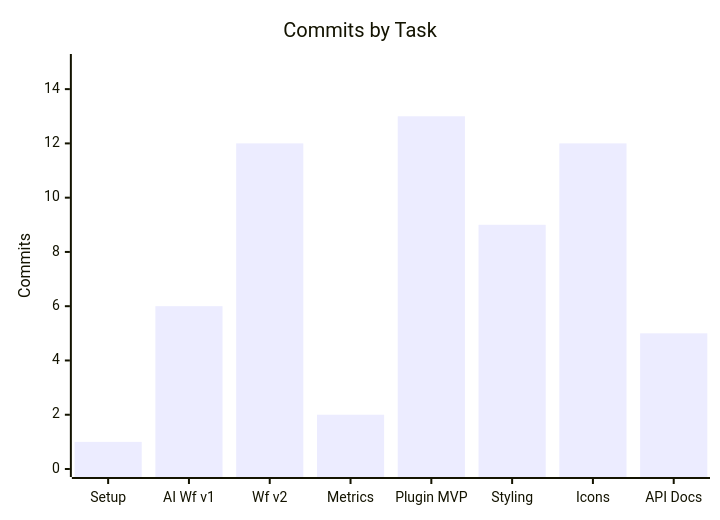
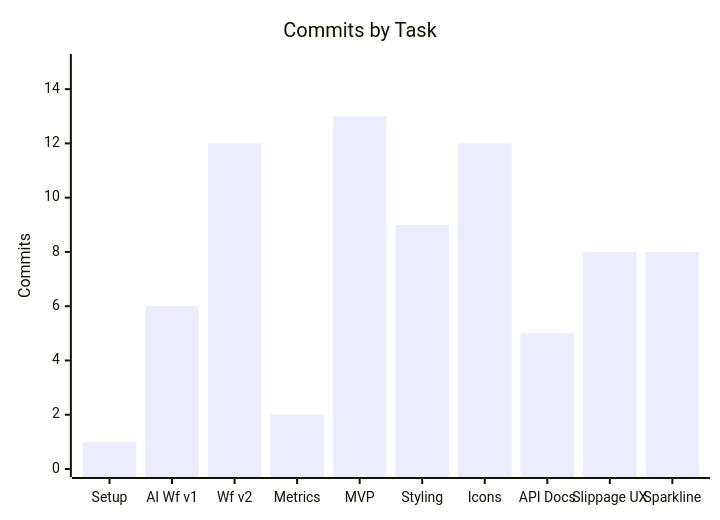
The second of 7 diagrams in README.md (atlantdak/claude-code-hackathon-xbo-market-kit), drawn with Mermaid before and after one commit. The commit also changed other lines of this file and 3 other files, not shown here.

````diff
--- a/README.md
+++ b/README.md
@@ -72,7 +74,7 @@
 ```mermaid
 xychart-beta
     title "Commits by Task"
-    x-axis ["Setup", "AI Wf v1", "Wf v2", "Metrics", "Plugin MVP", "Styling", "Icons", "API Docs"]
+    x-axis ["Setup", "AI Wf v1", "Wf v2", "Metrics", "MVP", "Styling", "Icons", "API Docs", "Slippage UX", "Sparkline"]
     y-axis "Commits" 0 --> 15
-    bar [1, 6, 12, 2, 13, 9, 12, 5]
+    bar [1, 6, 12, 2, 13, 9, 12, 5, 8, 8]
 ```
````
